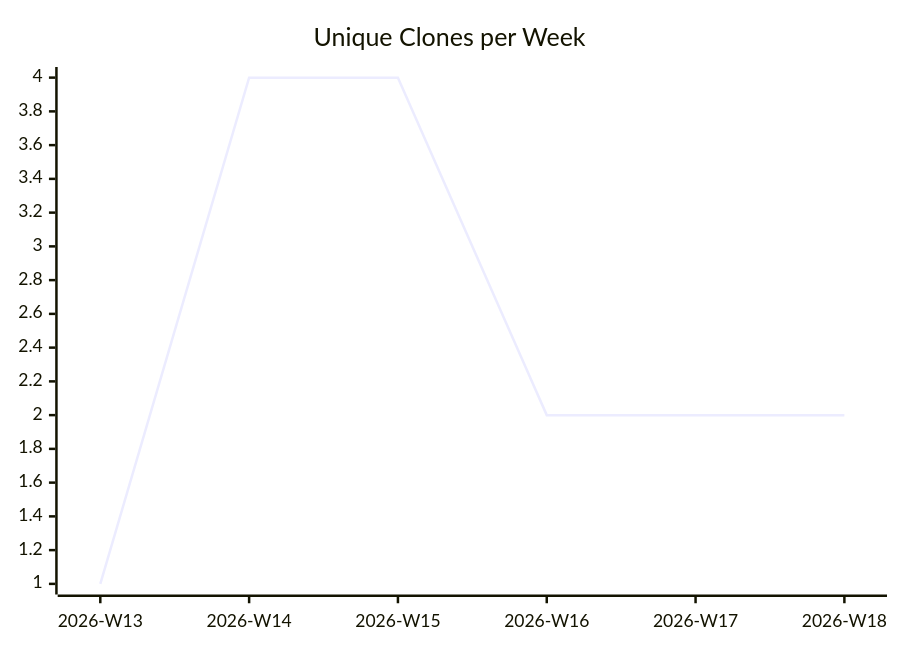
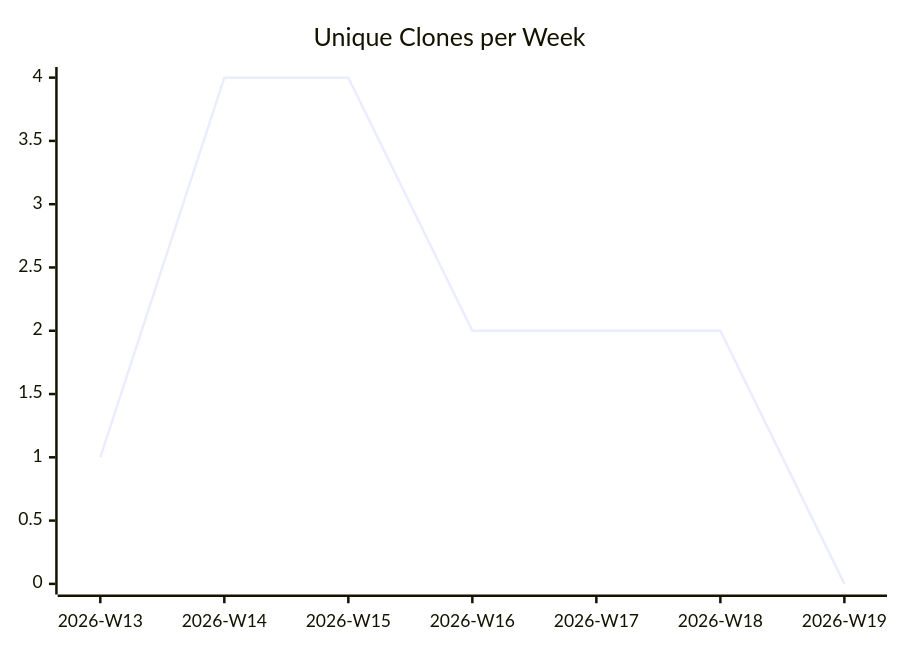
Before and after one commit to justdavis-family/github-analytics-data: the third of 3 diagrams in karlmdavis/justdavis-puppet/README.md, drawn with Mermaid. The commit also changed other lines of this file and 187 other files, not shown here.

````diff
--- a/karlmdavis/justdavis-puppet/README.md
+++ b/karlmdavis/justdavis-puppet/README.md
@@ -19,6 +19,6 @@
 ```mermaid
 xychart-beta
   title "Unique Clones per Week"
-  x-axis ["2026-W13", "2026-W14", "2026-W15", "2026-W16", "2026-W17", "2026-W18"]
-  line [1, 4, 4, 2, 2, 2]
+  x-axis ["2026-W13", "2026-W14", "2026-W15", "2026-W16", "2026-W17", "2026-W18", "2026-W19"]
+  line [1, 4, 4, 2, 2, 2, 0]
 ```
````
